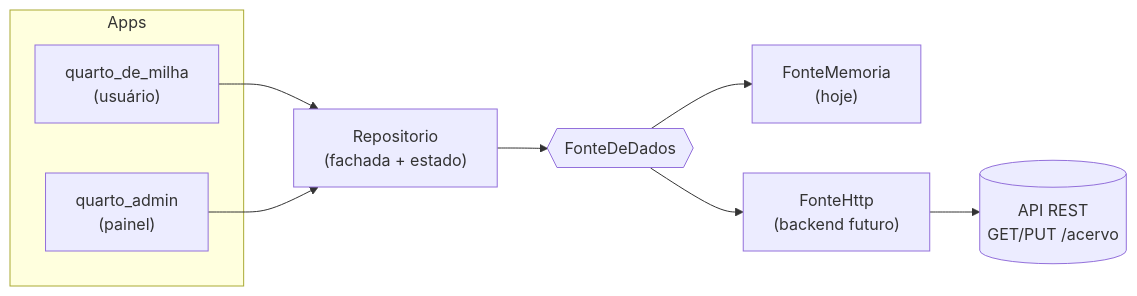
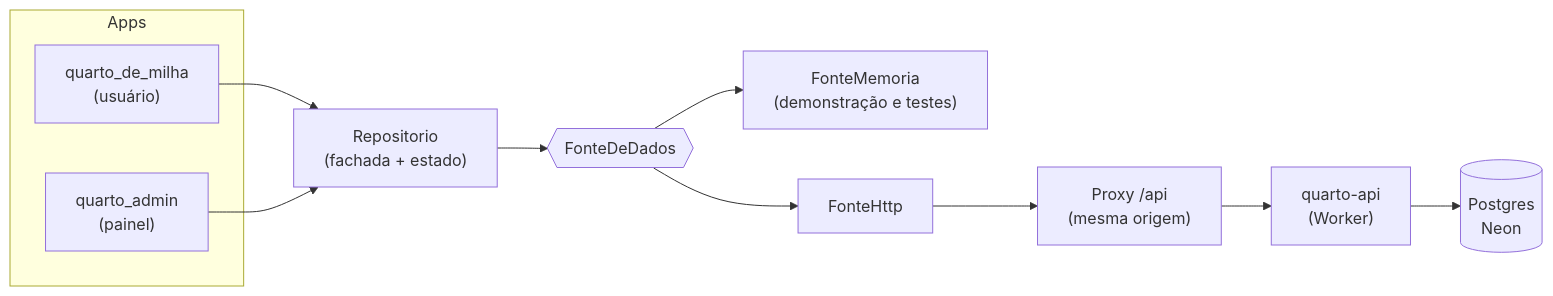
One commit to duduyamauchi/equilink changed the first of 2 diagrams in docs/ARQUITETURA.md. Above: the diagram before and after it, drawn with Mermaid. The commit also changed other lines of this file and 1 other file, not shown here.

````diff
--- a/docs/ARQUITETURA.md
+++ b/docs/ARQUITETURA.md
@@ -16,19 +18,23 @@
 ```mermaid
 flowchart LR
   subgraph Apps
     U["quarto_de_milha<br/>(usuário)"]
     A["quarto_admin<br/>(painel)"]
   end
   R["Repositorio<br/>(fachada + estado)"]
   F{{"FonteDeDados"}}
-  M["FonteMemoria<br/>(hoje)"]
-  H["FonteHttp<br/>(backend futuro)"]
-  D[("API REST<br/>GET/PUT /acervo")]
+  M["FonteMemoria<br/>(demonstração e testes)"]
+  H["FonteHttp"]
+  P["Proxy /api<br/>(mesma origem)"]
+  D["quarto-api<br/>(Worker)"]
+  N[("Postgres<br/>Neon")]
 
   U --> R
   A --> R
   R --> F
   F --> M
   F --> H
-  H --> D
+  H --> P
+  P --> D
+  D --> N
 ```
````
